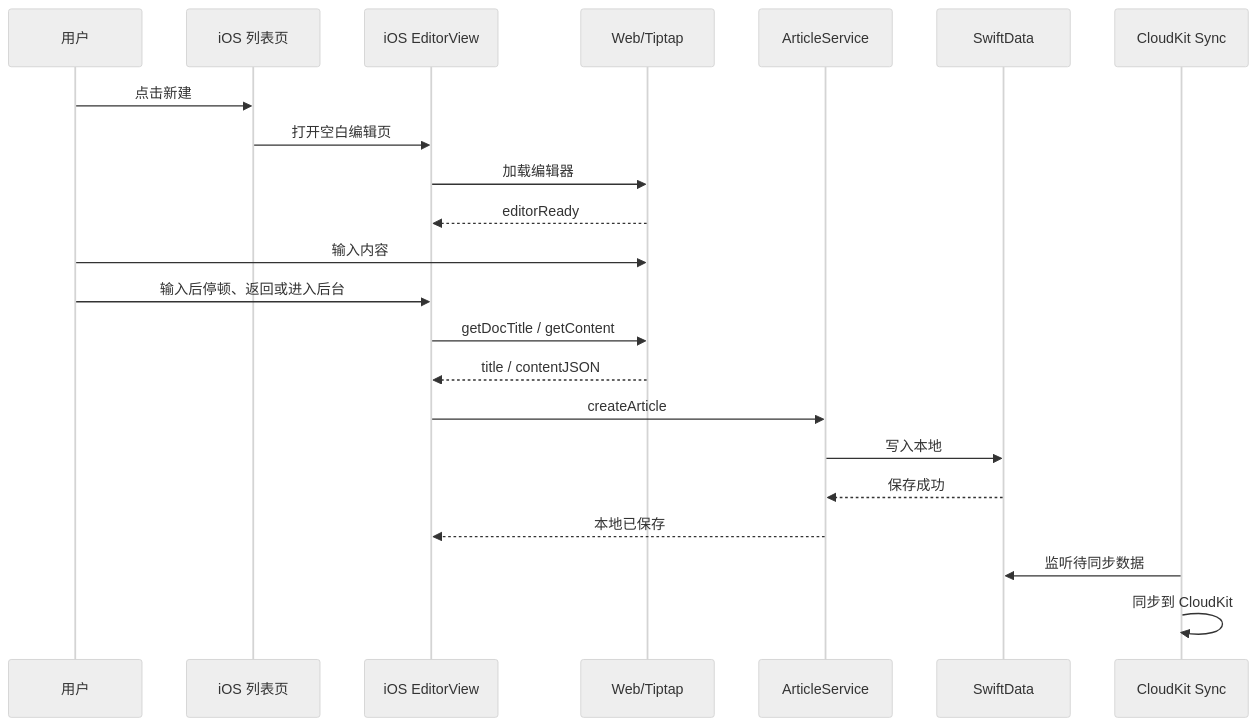
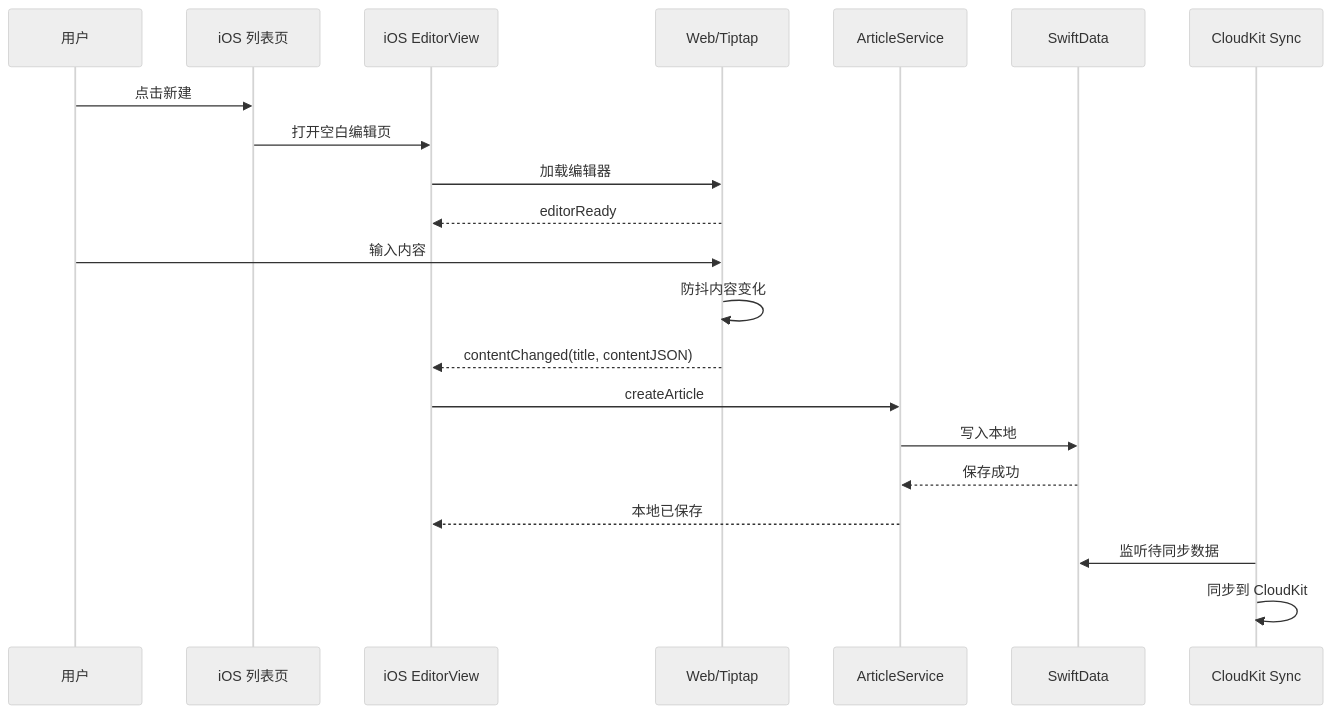
The second of 4 diagrams in docs/technical-architecture.md (WeMadeCode/nsdoc), drawn with Mermaid (neutral theme) before and after one commit. The commit also changed other lines of this file and 15 other files, not shown here.

Commit message:
Refactor autosave to push Web content snapshots

````diff
--- a/docs/technical-architecture.md
+++ b/docs/technical-architecture.md
@@ -212,25 +211,24 @@
 ```mermaid
 sequenceDiagram
     participant User as 用户
     participant List as iOS 列表页
     participant Editor as iOS EditorView
     participant Web as Web/Tiptap
     participant Data as ArticleService
     participant Store as SwiftData
     participant Sync as CloudKit Sync
 
     User->>List: 点击新建
     List->>Editor: 打开空白编辑页
     Editor->>Web: 加载编辑器
     Web-->>Editor: editorReady
     User->>Web: 输入内容
-    User->>Editor: 输入后停顿、返回或进入后台
-    Editor->>Web: getDocTitle / getContent
-    Web-->>Editor: title / contentJSON
+    Web->>Web: 防抖内容变化
+    Web-->>Editor: contentChanged(title, contentJSON)
     Editor->>Data: createArticle
     Data->>Store: 写入本地
     Store-->>Data: 保存成功
     Data-->>Editor: 本地已保存
     Sync->>Store: 监听待同步数据
     Sync->>Sync: 同步到 CloudKit
 ```
````
